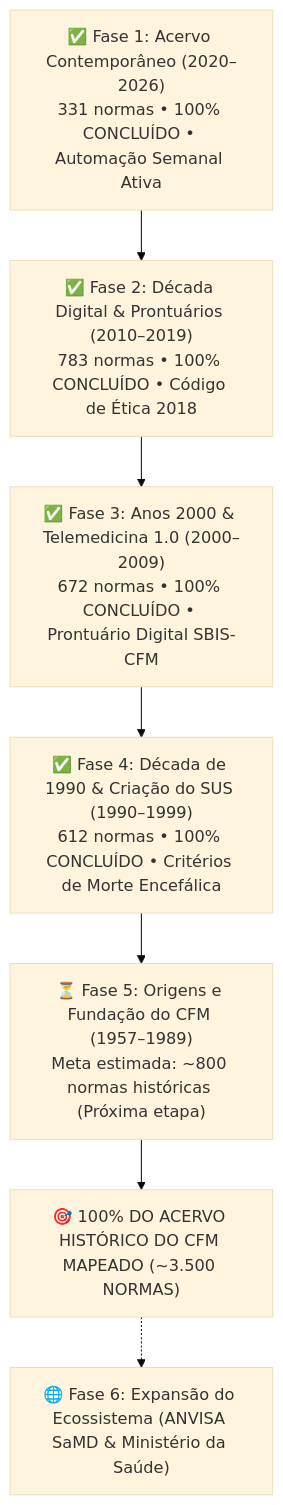
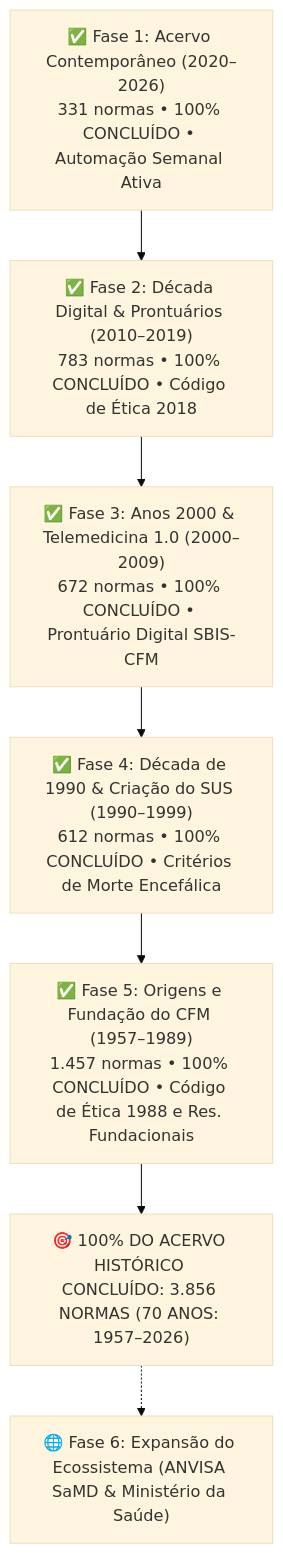
Before and after one commit to md-augustolinhares/cfm-normas: the first of 2 diagrams in README.md, drawn with Mermaid (base theme). The commit also changed other lines of this file and 1758 other files, not shown here.

First line of the commit message:
feat: conclui Fase 5 (1957-1989) fechando 100% das normas historicas do CFM (3.856 normas, 1957-2026)

````diff
--- a/README.md
+++ b/README.md
@@ -63,9 +63,9 @@
 ```mermaid
 flowchart TD
     Fase1["✅ Fase 1: Acervo Contemporâneo (2020–2026)<br/>331 normas • 100% CONCLUÍDO • Automação Semanal Ativa"] --> Fase2["✅ Fase 2: Década Digital & Prontuários (2010–2019)<br/>783 normas • 100% CONCLUÍDO • Código de Ética 2018"]
     Fase2 --> Fase3["✅ Fase 3: Anos 2000 & Telemedicina 1.0 (2000–2009)<br/>672 normas • 100% CONCLUÍDO • Prontuário Digital SBIS-CFM"]
     Fase3 --> Fase4["✅ Fase 4: Década de 1990 & Criação do SUS (1990–1999)<br/>612 normas • 100% CONCLUÍDO • Critérios de Morte Encefálica"]
-    Fase4 --> Fase5["⏳ Fase 5: Origens e Fundação do CFM (1957–1989)<br/>Meta estimada: ~800 normas históricas (Próxima etapa)"]
-    Fase5 --> MetaFinal["🎯 100% DO ACERVO HISTÓRICO DO CFM MAPEADO (~3.500 NORMAS)"]
+    Fase4 --> Fase5["✅ Fase 5: Origens e Fundação do CFM (1957–1989)<br/>1.457 normas • 100% CONCLUÍDO • Código de Ética 1988 e Res. Fundacionais"]
+    Fase5 --> MetaFinal["🎯 100% DO ACERVO HISTÓRICO CONCLUÍDO: 3.856 NORMAS (70 ANOS: 1957–2026)"]
     MetaFinal -.-> Fase6["🌐 Fase 6: Expansão do Ecossistema (ANVISA SaMD & Ministério da Saúde)"]
 ```
````
